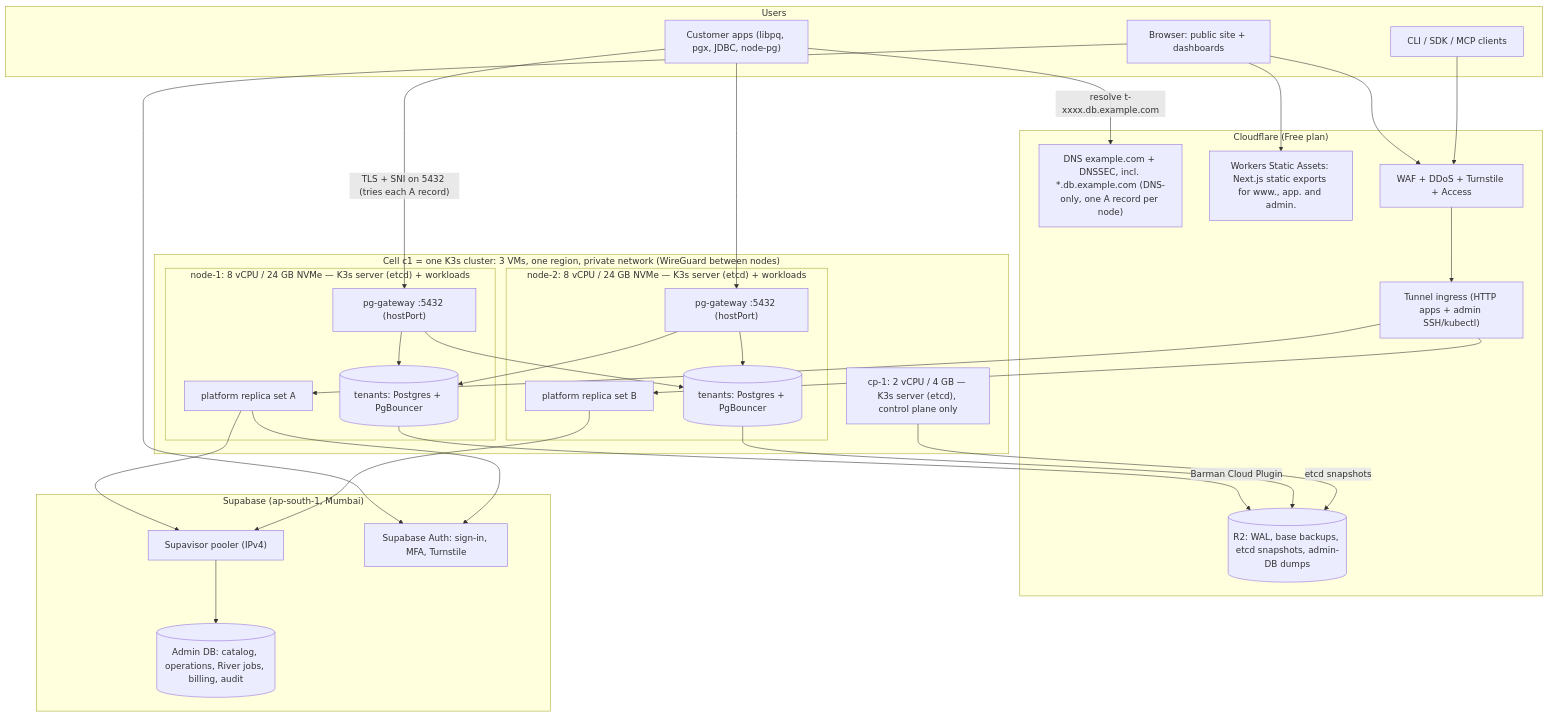
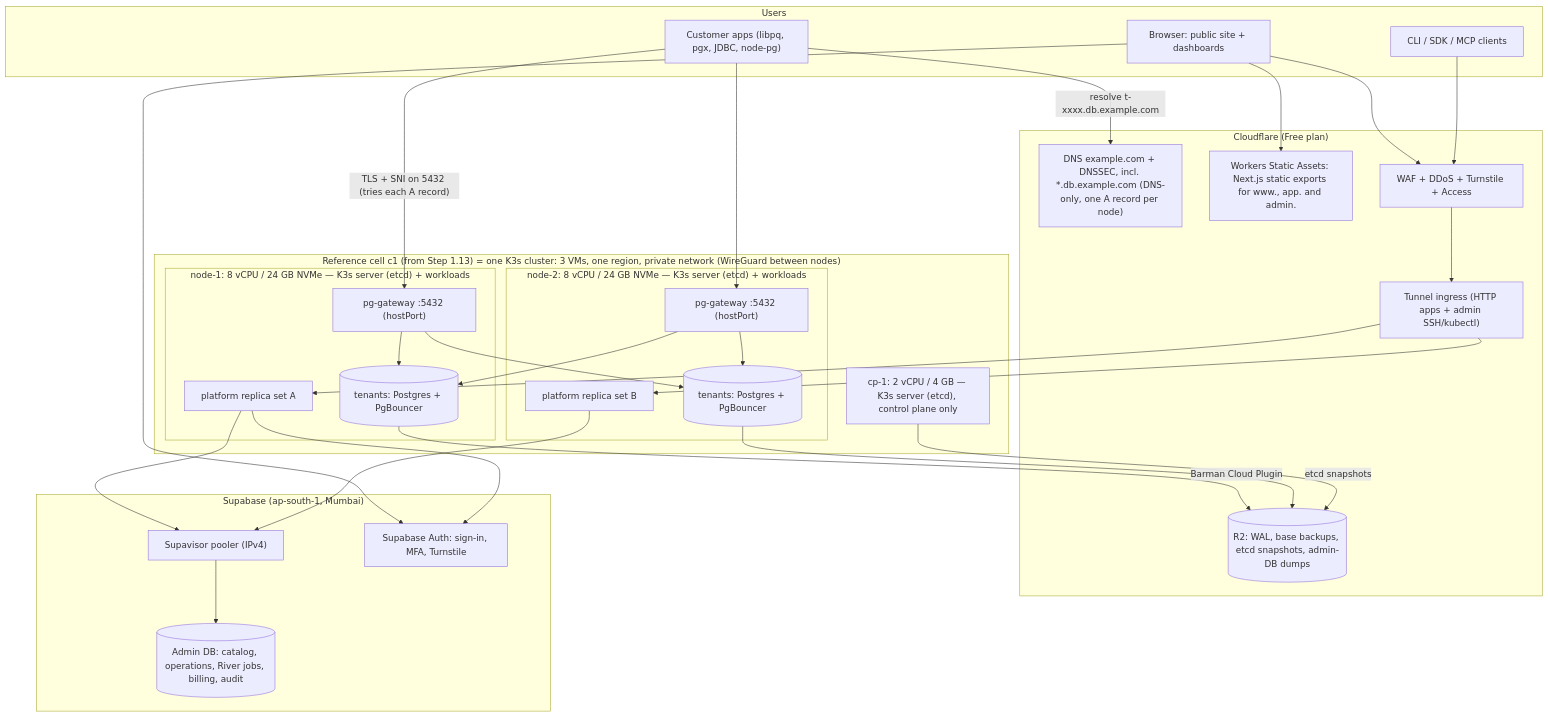
Before and after one commit to sayanf22/dbaas: the first of 3 diagrams in plan/01-architecture.md, drawn with Mermaid. The commit also changed other lines of this file and 45 other files, not shown here.

````diff
--- a/plan/01-architecture.md
+++ b/plan/01-architecture.md
@@ -43,56 +45,56 @@
 ```mermaid
 flowchart TB
   subgraph Users
     UI["Browser: public site + dashboards"]
     CLI["CLI / SDK / MCP clients"]
     APP["Customer apps (libpq, pgx, JDBC, node-pg)"]
   end
 
   subgraph CF["Cloudflare (Free plan)"]
     DNS["DNS example.com + DNSSEC, incl. *.db.example.com (DNS-only, one A record per node)"]
     STATIC["Workers Static Assets: Next.js static exports for www., app. and admin."]
     EDGE["WAF + DDoS + Turnstile + Access"]
     TUN["Tunnel ingress (HTTP apps + admin SSH/kubectl)"]
     R2[("R2: WAL, base backups, etcd snapshots, admin-DB dumps")]
   end
 
   subgraph SB["Supabase (ap-south-1, Mumbai)"]
     POOL["Supavisor pooler (IPv4)"]
     ADB[("Admin DB: catalog, operations, River jobs, billing, audit")]
     AUTH["Supabase Auth: sign-in, MFA, Turnstile"]
   end
 
-  subgraph CELL["Cell c1 = one K3s cluster: 3 VMs, one region, private network (WireGuard between nodes)"]
+  subgraph CELL["Reference cell c1 (from Step 1.13) = one K3s cluster: 3 VMs, one region, private network (WireGuard between nodes)"]
     CP["cp-1: 2 vCPU / 4 GB — K3s server (etcd), control plane only"]
     subgraph N1["node-1: 8 vCPU / 24 GB NVMe — K3s server (etcd) + workloads"]
       GW1["pg-gateway :5432 (hostPort)"]
       PLAT1["platform replica set A"]
       T1[("tenants: Postgres + PgBouncer")]
     end
     subgraph N2["node-2: 8 vCPU / 24 GB NVMe — K3s server (etcd) + workloads"]
       GW2["pg-gateway :5432 (hostPort)"]
       PLAT2["platform replica set B"]
       T2[("tenants: Postgres + PgBouncer")]
     end
   end
 
   UI --> STATIC
   UI --> EDGE
   UI --> AUTH
   CLI --> EDGE
   EDGE --> TUN --> PLAT1
   TUN --> PLAT2
   APP -->|"resolve t-xxxx.db.example.com"| DNS
   APP -->|"TLS + SNI on 5432 (tries each A record)"| GW1
   APP --> GW2
   GW1 --> T1
   GW1 --> T2
   GW2 --> T1
   GW2 --> T2
   PLAT1 --> POOL --> ADB
   PLAT2 --> POOL
   PLAT1 --> AUTH
   T1 -->|"Barman Cloud Plugin"| R2
   T2 --> R2
   CP -->|"etcd snapshots"| R2
 ```
````
